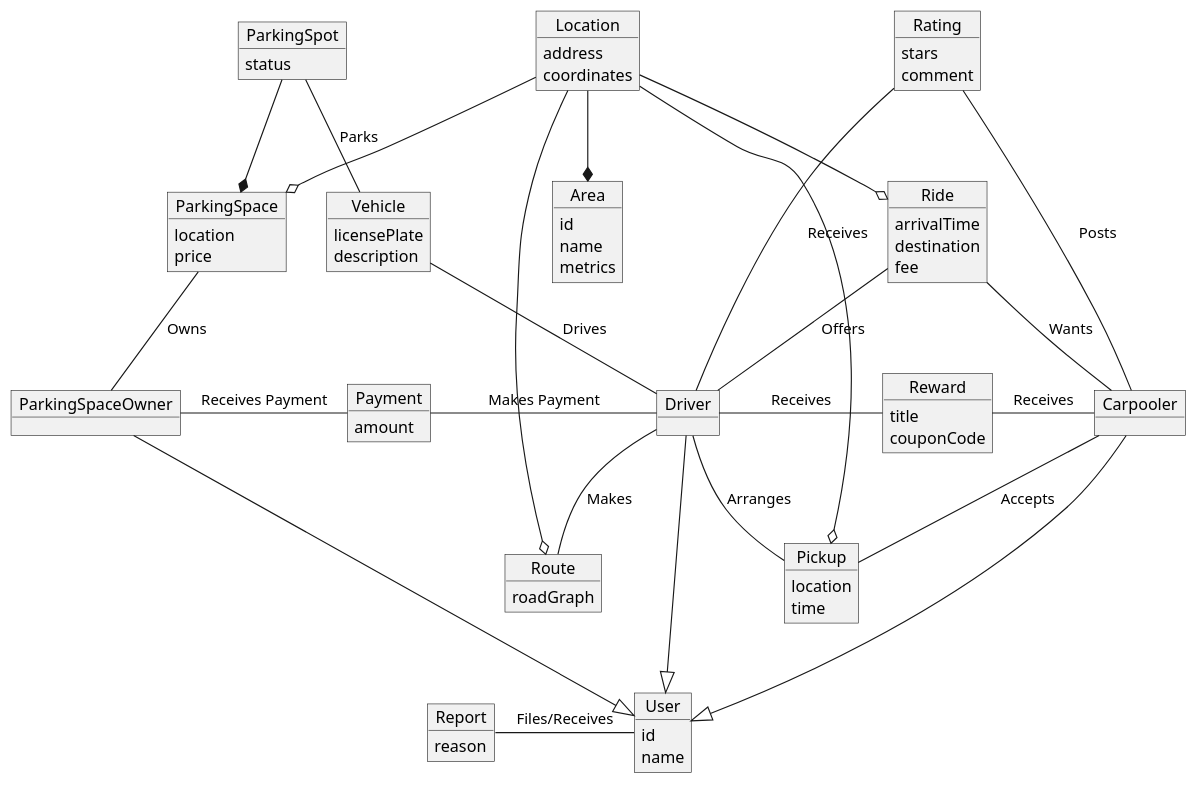
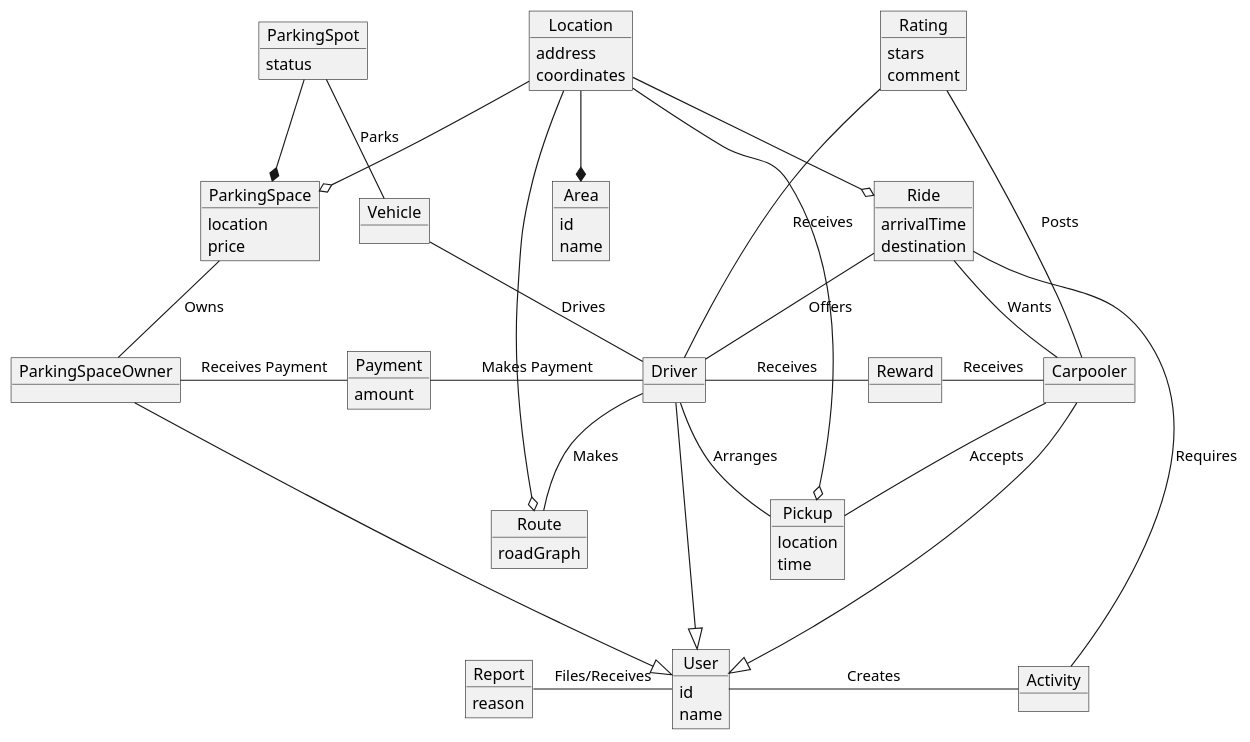
Before and after one commit to YannisRavasopoulos/ProjectSD_S6: the diagram in uml/domain-model.plantuml, drawn with PlantUML. The commit also changed 2 other files, not shown here.

```diff
--- a/uml/domain-model.plantuml
+++ b/uml/domain-model.plantuml
@@ -1,128 +1,129 @@
 @startuml
 object User {
     id
     name
 }
 
 object Driver {
 }
 
 Driver --down|> User
 
 object Vehicle {
-    licensePlate
-    description
 }
 
 Driver --up Vehicle: "Drives"
 
 object ParkingSpaceOwner {
 
 }
 
 ParkingSpaceOwner --down|> User
 
 object ParkingSpace {
     location
     price
 }
 
 ParkingSpaceOwner --up ParkingSpace: "Owns"
 
 object ParkingSpot {
     status
 }
 
 ParkingSpace *--up ParkingSpot
 
 Vehicle --up ParkingSpot: "Parks"
 
 object Carpooler {
 }
 
 Carpooler --down|> User
 
 object Ride {
     arrivalTime
     destination
-    fee
 }
 
 Carpooler --up Ride: "Wants"
 
 Driver --up Ride: "Offers"
 
 Driver --right[hidden] Carpooler
 
 object Payment {
     amount
 }
 
 Driver --left Payment: "Makes Payment"
 ParkingSpaceOwner --right Payment: "Receives Payment"
 
 object Reward {
-    title
-    couponCode
 }
 
 Reward --left Driver: "Receives"
 
 Reward --right Carpooler: "Receives"
 
 object Rating {
     stars
     comment
 }
 
 Ride --up[hidden] Rating
 
 Rating -- Driver: "Receives"
 
 Rating -- Carpooler: "Posts"
 
 object Report {
     reason
 }
 
 Report --right User: "Files/Receives"
 
 object Pickup {
     location
     time
 }
 
 Driver -- Pickup: "Arranges"
 Carpooler -- Pickup: "Accepts"
 
 Reward --up[hidden] Ride
 Pickup --up[hidden] Reward
 
 object Route {
     roadGraph
 }
 
 Driver -- Route: "Makes"
 
 User --up[hidden] Pickup
 User --up[hidden] Route
 
 object Location {
     address
     coordinates
 }
 
 Location --o ParkingSpace
 Location --o Ride
 Location --o Pickup
 Location --o Route
 
 object Area {
     id
     name
-    metrics
 }
 
 Location --* Area
 
+object Activity {
+
+}
+User --right Activity: "Creates"
+
+Activity --up Ride: "Requires"
+
 @enduml
```
